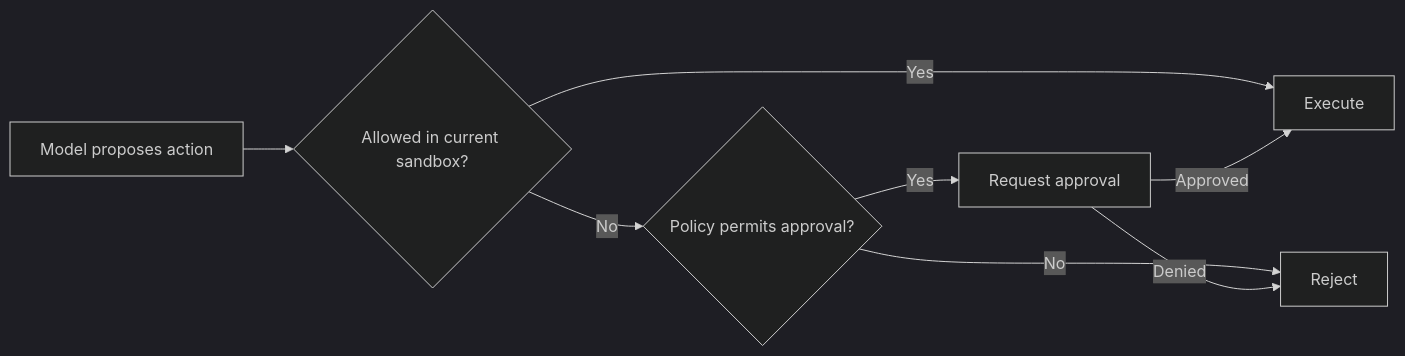
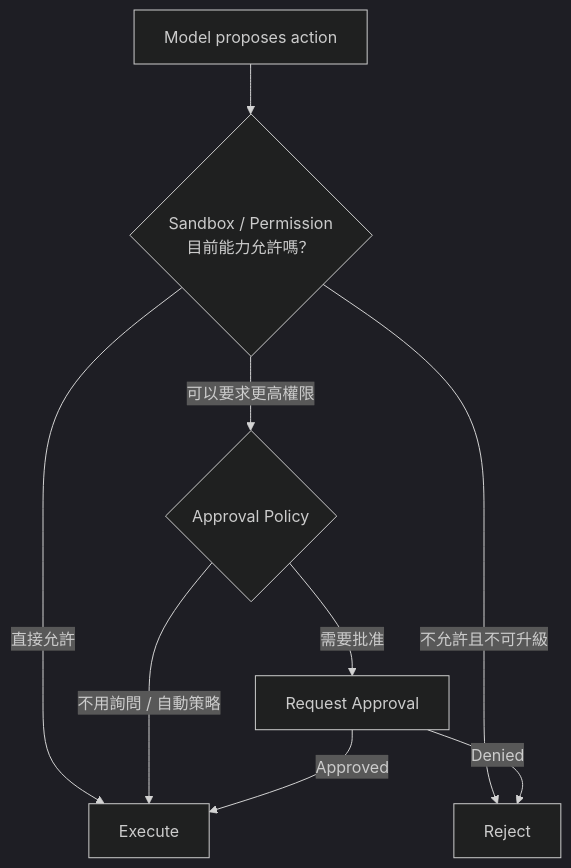
Before and after one commit to indigofeather/harness-book: the second of 12 diagrams in docs/security/sandbox-and-approvals.md, drawn with Mermaid (dark theme). The commit also changed other lines of this file, not shown here.

Commit message:
docs: explain sandbox and approvals with clearer mental models

````diff
--- a/docs/security/sandbox-and-approvals.md
+++ b/docs/security/sandbox-and-approvals.md
@@ -19,10 +80,11 @@
 ```mermaid
-flowchart LR
-  A[Model proposes action] --> B{Allowed in current sandbox?}
-  B -->|Yes| E[Execute]
-  B -->|No| C{Policy permits approval?}
-  C -->|No| D[Reject]
-  C -->|Yes| F[Request approval]
+flowchart TD
+  A[Model proposes action] --> B{Sandbox / Permission\n目前能力允許嗎？}
+  B -->|直接允許| E[Execute]
+  B -->|不允許且不可升級| D[Reject]
+  B -->|可以要求更高權限| C{Approval Policy}
+  C -->|不用詢問 / 自動策略| E
+  C -->|需要批准| F[Request Approval]
   F -->|Approved| E
   F -->|Denied| D
 ```
````
